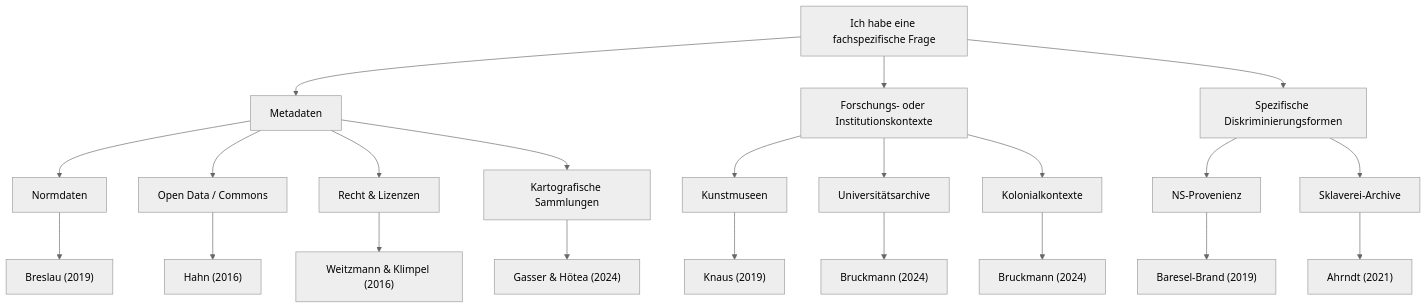
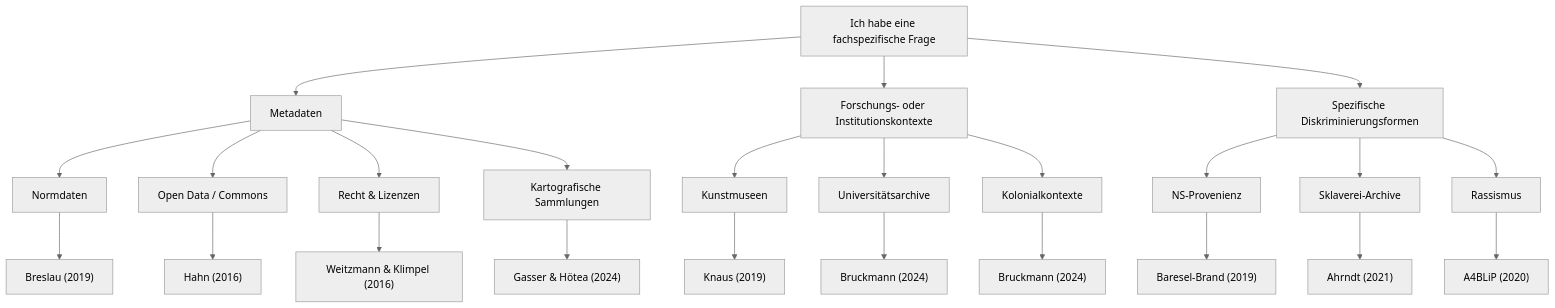
The third of 3 diagrams in manuscript/index.qmd (maehr/diskriminierungsfreie-metadaten), drawn with Mermaid (neutral theme) before and after one commit. The commit also changed other lines of this file and 1 other file, not shown here.

````diff
--- a/manuscript/index.qmd
+++ b/manuscript/index.qmd
@@ -1198,35 +1201,37 @@
 ```{mermaid}
 flowchart TD
     Frage["Ich habe eine fachspezifische Frage"]
 
     Frage --> SpezMeta["Metadaten"]
     Frage --> SpezForschung["Forschungs- oder Institutionskontexte"]
     Frage --> SpezDisk["Spezifische Diskriminierungsformen"]
 
     %% Spezifische Fragen an Metadaten
     SpezMeta --> Normdaten["Normdaten"]
     SpezMeta --> OpenData["Open Data / Commons"]
     SpezMeta --> Recht["Recht & Lizenzen"]
     SpezMeta --> Karten["Kartografische Sammlungen"]
 
     Normdaten --> Breslau["Breslau (2019)"]
     OpenData --> Hahn["Hahn (2016)"]
     Recht --> Weitzmann["Weitzmann & Klimpel (2016)"]
     Karten --> Gasser["Gasser & Hötea (2024)"]
 
     %% Spezifische Forschungs- oder Institutionskontexte
     SpezForschung --> Kunst["Kunstmuseen"]
     SpezForschung --> UniArchive["Universitätsarchive"]
     SpezForschung --> Kolonial["Kolonialkontexte"]
 
     Kunst --> Knaus["Knaus (2019)"]
     UniArchive --> Bruckmann["Bruckmann (2024)"]
     Kolonial --> Bruckmann2["Bruckmann (2024)"]
 
     %% Spezifische Diskriminierungsformen
     SpezDisk --> NSProvenienz["NS-Provenienz"]
     SpezDisk --> Sklaverei["Sklaverei-Archive"]
+    SpezDisk --> Rassismus["Rassismus"]
 
     NSProvenienz --> Baresel["Baresel-Brand (2019)"]
     Sklaverei --> Ahrndt["Ahrndt (2021)"]
+    Rassismus --> A4BLiP2020["A4BLiP (2020)"]
 ```
````
